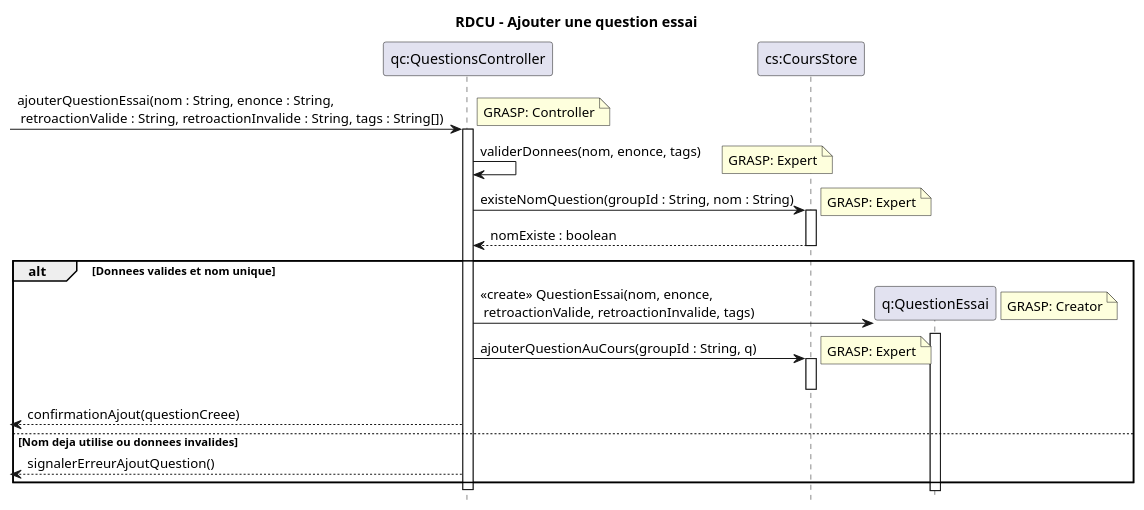
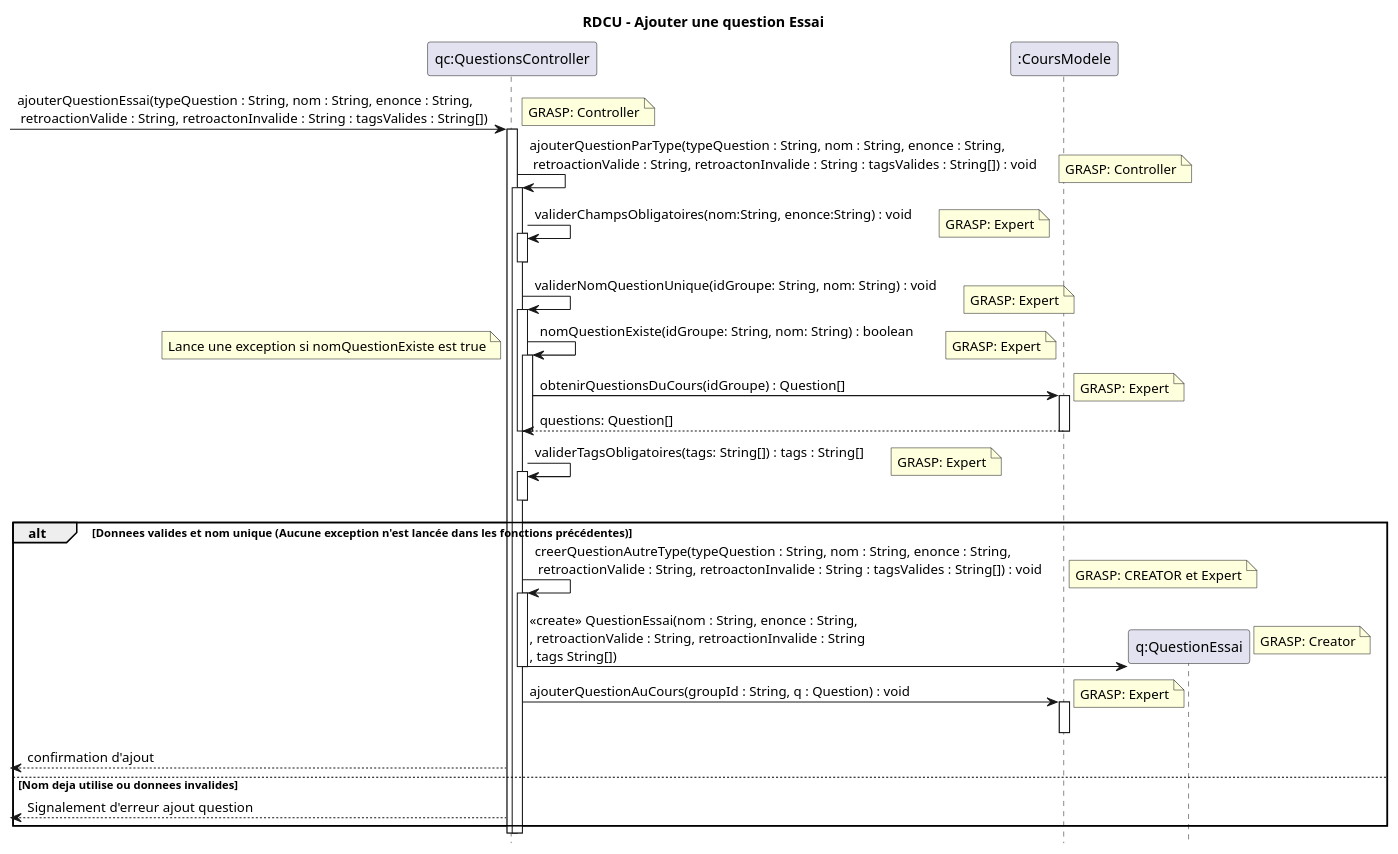
One commit to xMrYahya/moodle-clone changed the diagram in docs/modeles/cu02/rdcu-ajouter-question-essai.puml. Above: the diagram before and after it, drawn with PlantUML. The commit also changed 26 other files, not shown here.

Commit message:
Fix des diagrams ajout et modifier

```diff
--- a/docs/modeles/cu02/rdcu-ajouter-question-essai.puml
+++ b/docs/modeles/cu02/rdcu-ajouter-question-essai.puml
@@ -1,40 +1,61 @@
 @startuml
 hide footbox
-title RDCU - Ajouter une question essai
+title RDCU - Ajouter une question Essai
 
 participant "qc:QuestionsController" as QC
-participant "cs:CoursStore" as CS
+participant ":CoursModele" as CM
 participant "q:QuestionEssai" as Q
 
--> QC : ajouterQuestionEssai(nom : String, enonce : String,\n retroactionValide : String, retroactionInvalide : String, tags : String[])
+-> QC : ajouterQuestionEssai(typeQuestion : String, nom : String, enonce : String,\n retroactionValide : String, retroactonInvalide : String : tagsValides : String[])
 note right: GRASP: Controller
 activate QC
+QC -> QC ++: ajouterQuestionParType(typeQuestion : String, nom : String, enonce : String,\n retroactionValide : String, retroactonInvalide : String : tagsValides : String[]) : void
+note right: GRASP: Controller
 
-QC -> QC : validerDonnees(nom, enonce, tags)
+
+QC -> QC ++: validerChampsObligatoires(nom:String, enonce:String) : void
 note right: GRASP: Expert
 
-QC -> CS : existeNomQuestion(groupId : String, nom : String)
+deactivate QC
+
+QC -> QC ++: validerNomQuestionUnique(idGroupe: String, nom: String) : void
 note right: GRASP: Expert
-activate CS
-CS --> QC : nomExiste : boolean
-deactivate CS
 
-alt Donnees valides et nom unique
-  create Q
-  QC -> Q : <<create>> QuestionEssai(nom, enonce,\n retroactionValide, retroactionInvalide, tags)
+QC -> QC ++: nomQuestionExiste(idGroupe: String, nom: String) : boolean
+note left: Lance une exception si nomQuestionExiste est true
+note right: GRASP: Expert
+
+
+QC -> CM ++: obtenirQuestionsDuCours(idGroupe) : Question[]
+note right: GRASP: Expert
+CM --> QC --: questions: Question[]
+deactivate QC
+deactivate QC
+
+QC -> QC ++: validerTagsObligatoires(tags: String[]) : tags : String[]
+note right: GRASP: Expert
+deactivate QC
+
+alt Donnees valides et nom unique (Aucune exception n'est lancée dans les fonctions précédentes)
+  QC -> QC ++: creerQuestionAutreType(typeQuestion : String, nom : String, enonce : String,\n retroactionValide : String, retroactonInvalide : String : tagsValides : String[]) : void
+  note right: GRASP: CREATOR et Expert
+
+
+  QC -> Q **: <<create>> QuestionEssai(nom : String, enonce : String,\n, retroactionValide : String, retroactionInvalide : String \n, tags String[])
   note right: GRASP: Creator
-  activate Q
-  deactivate Q
 
-  QC -> CS : ajouterQuestionAuCours(groupId : String, q)
+  deactivate QC
+  QC -> CM : ajouterQuestionAuCours(groupId : String, q : Question) : void
   note right: GRASP: Expert
-  activate CS
-  deactivate CS
+  activate CM
+  deactivate CM
 
-  <-- QC : confirmationAjout(questionCreee)
+    <-- QC : confirmation d'ajout
 else Nom deja utilise ou donnees invalides
-  <-- QC : signalerErreurAjoutQuestion()
+    <-- QC : Signalement d'erreur ajout question
+
 end
+deactivate QC
+deactivate QC
 
-deactivate QC
 @enduml
```
